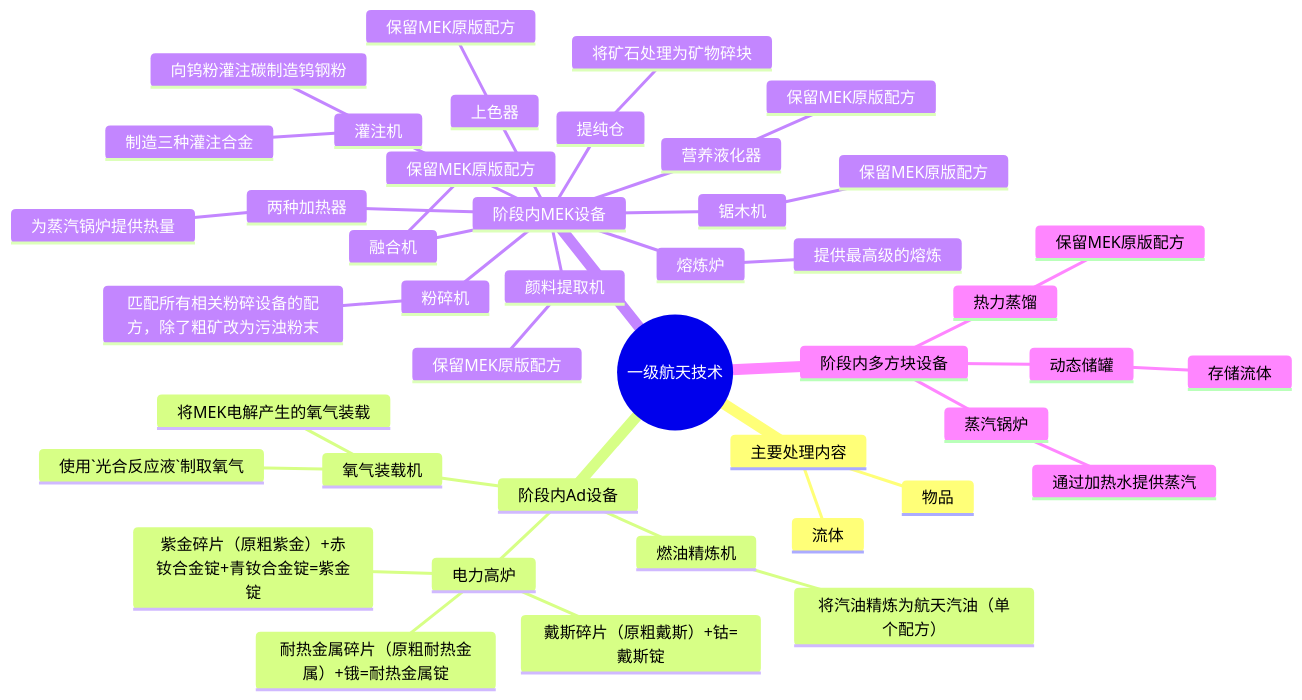
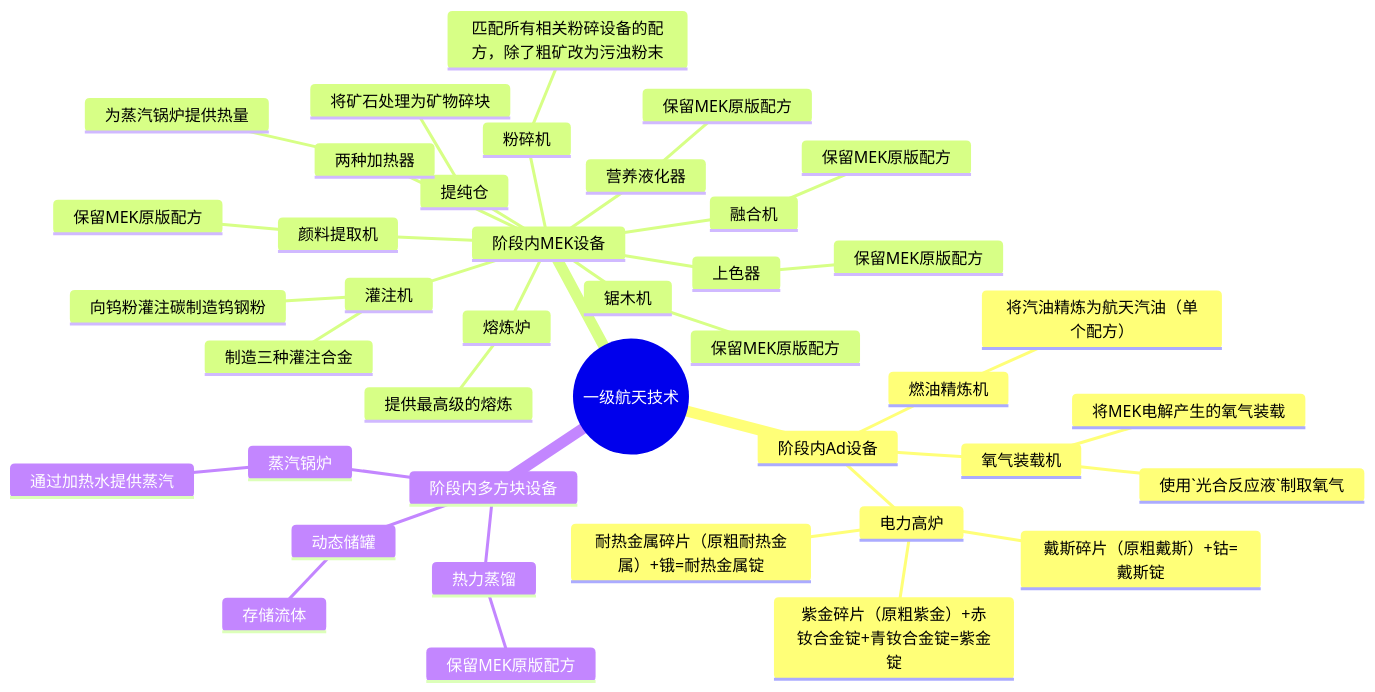
The first of 2 diagrams in Developer/TechTreeMap.md (VechniMetel/CodeNameCIM2), drawn with Mermaid before and after one commit. The commit also changed other lines of this file, not shown here.

````diff
--- a/Developer/TechTreeMap.md
+++ b/Developer/TechTreeMap.md
@@ -2,47 +2,43 @@
 ``` mermaid
 mindmap
     root((一级航天技术))
-        主要处理内容
-            流体
-            物品
         阶段内Ad设备
             燃油精炼机
                 将汽油精炼为航天汽油（单个配方）
             氧气装载机
                 使用`光合反应液`制取氧气
                 将MEK电解产生的氧气装载
             电力高炉
                 戴斯碎片（原粗戴斯）+钴=戴斯锭
                 紫金碎片（原粗紫金）+赤钕合金锭+青钕合金锭=紫金锭
                 耐热金属碎片（原粗耐热金属）+锇=耐热金属锭
         阶段内MEK设备
             提纯仓
                 将矿石处理为矿物碎块
             灌注机
                 向钨粉灌注碳制造钨钢粉
                 制造三种灌注合金
             熔炼炉
                 提供最高级的熔炼
             锯木机
                 保留MEK原版配方
             营养液化器
                 保留MEK原版配方
             粉碎机
                 匹配所有相关粉碎设备的配方，除了粗矿改为污浊粉末
             融合机
                 保留MEK原版配方
             颜料提取机
                 保留MEK原版配方
             上色器
                 保留MEK原版配方
             两种加热器
                 为蒸汽锅炉提供热量
         阶段内多方块设备
             蒸汽锅炉
                 通过加热水提供蒸汽
             动态储罐
                 存储流体
             热力蒸馏
                 保留MEK原版配方
-
 ```
````
